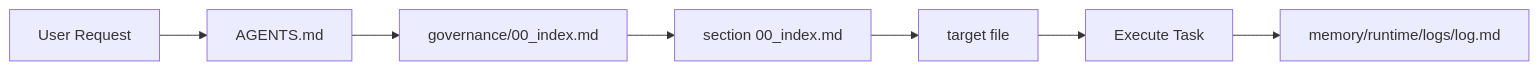
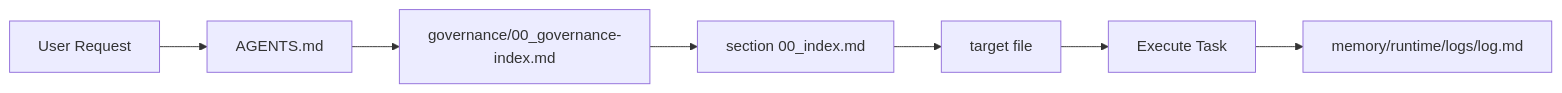
The third of 7 diagrams in governance/governance-model.md (Eddieargenal/aba-library), drawn with Mermaid before and after one commit. The commit also changed other lines of this file and 48 other files, not shown here.

````diff
--- a/governance/governance-model.md
+++ b/governance/governance-model.md
@@ -190,9 +191,9 @@
 ```mermaid
 flowchart LR
     A[User Request] --> AG[AGENTS.md]
-    AG --> GOV[governance/00_index.md]
+    AG --> GOV[governance/00_governance-index.md]
     GOV --> SEC[section 00_index.md]
     SEC --> F[target file]
     F --> G[Execute Task]
     G --> H[memory/runtime/logs/log.md]
 ```
````
